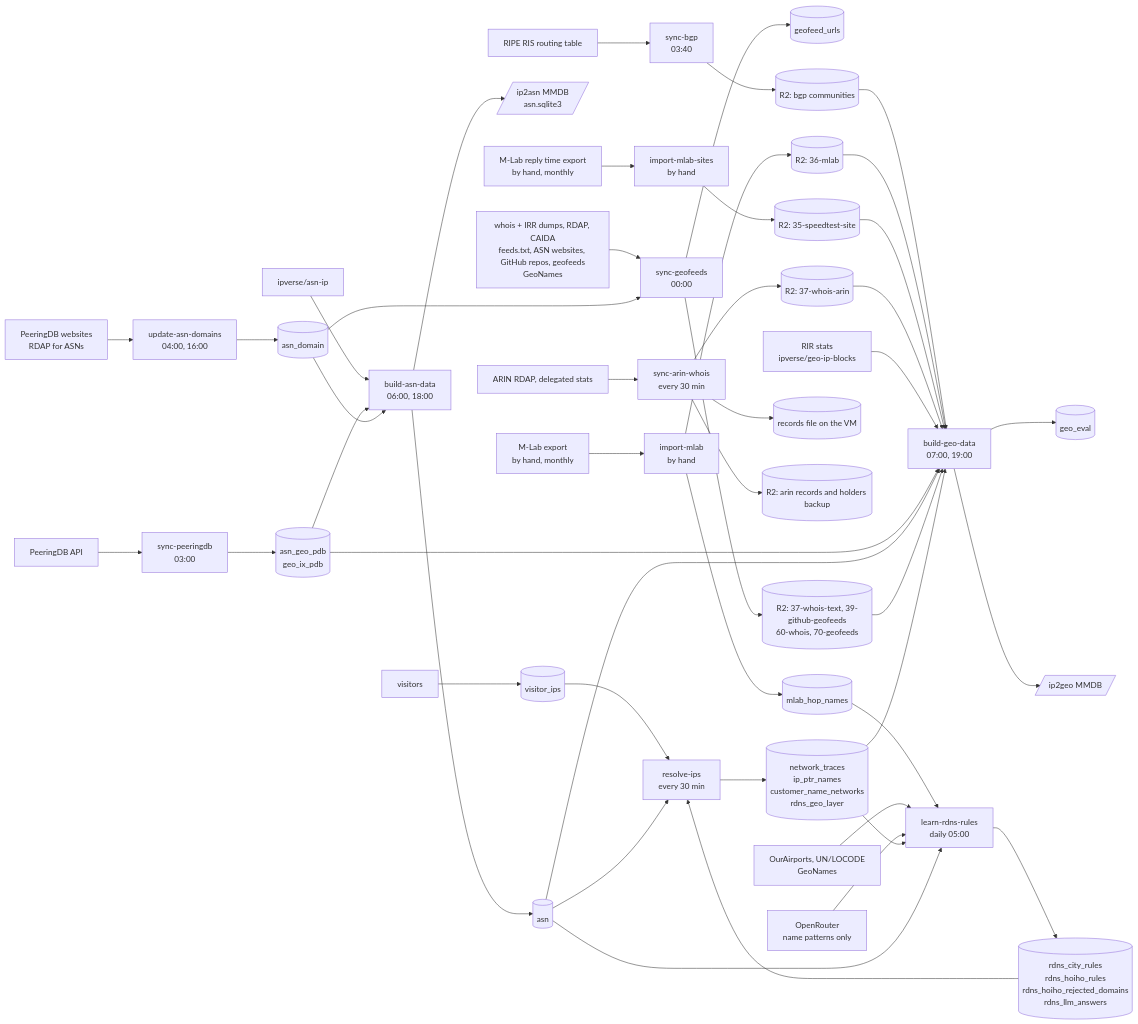
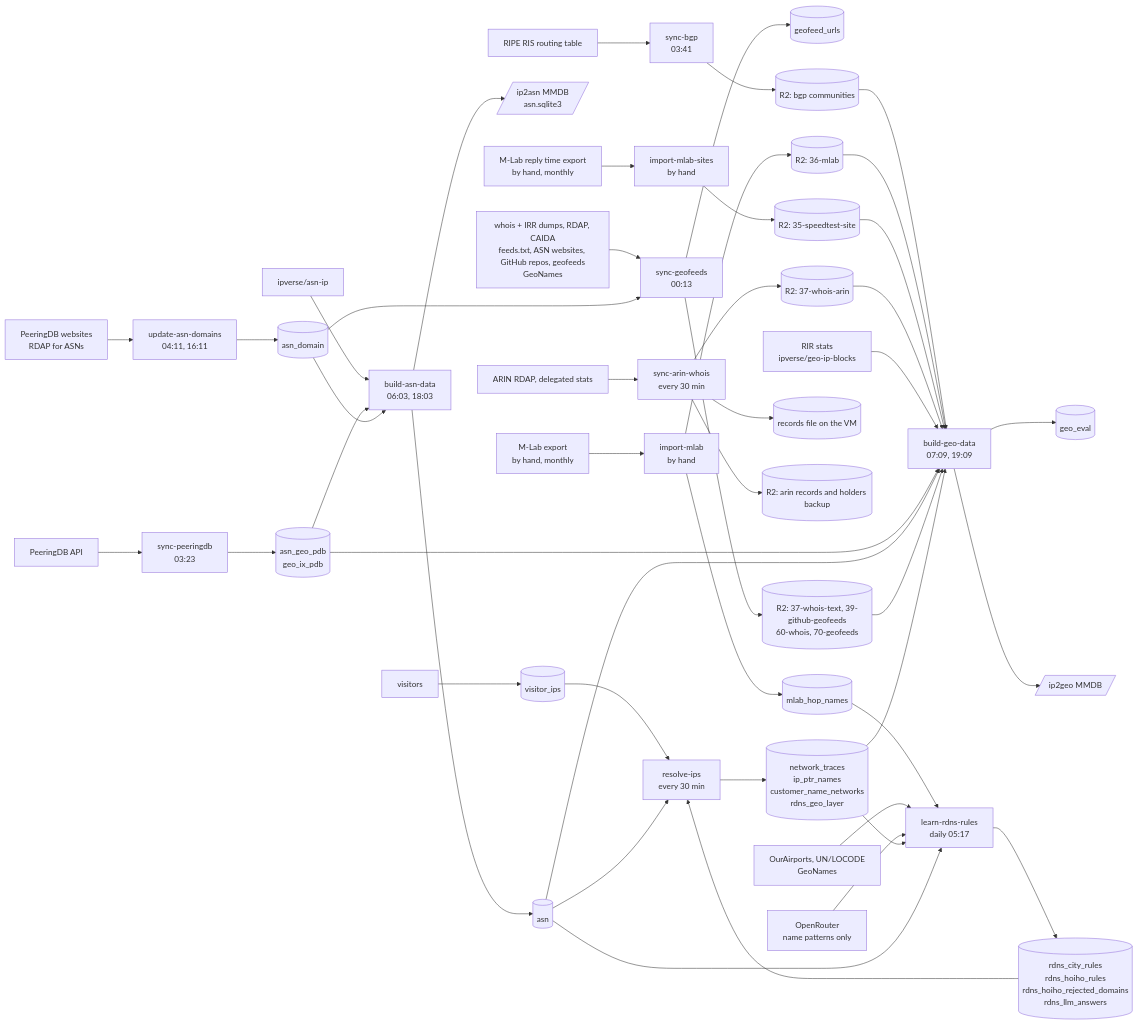
Before and after one commit to shingrus/openipdata.org: the diagram in docs/pipeline.md, drawn with Mermaid. The commit also changed other lines of this file and 3 other files, not shown here.

````diff
--- a/docs/pipeline.md
+++ b/docs/pipeline.md
@@ -9,49 +9,49 @@
 ```mermaid
 flowchart LR
-  pdbapi[PeeringDB API] --> pdb[sync-peeringdb<br/>03:00]
+  pdbapi[PeeringDB API] --> pdb[sync-peeringdb<br/>03:23]
   pdb --> t_pdb[(asn_geo_pdb<br/>geo_ix_pdb)]
-  rdapasn[PeeringDB websites<br/>RDAP for ASNs] --> dom[update-asn-domains<br/>04:00, 16:00]
+  rdapasn[PeeringDB websites<br/>RDAP for ASNs] --> dom[update-asn-domains<br/>04:11, 16:11]
   dom --> t_dom[(asn_domain)]
-  asnip[ipverse/asn-ip] --> asn[build-asn-data<br/>06:00, 18:00]
+  asnip[ipverse/asn-ip] --> asn[build-asn-data<br/>06:03, 18:03]
   t_pdb --> asn
   t_dom --> asn
   asn --> t_asn[(asn)]
   asn --> pub_asn[/ip2asn MMDB<br/>asn.sqlite3/]
-  whois[whois + IRR dumps, RDAP, CAIDA<br/>feeds.txt, ASN websites, GitHub repos, geofeeds<br/>GeoNames] --> gf[sync-geofeeds<br/>00:00]
+  whois[whois + IRR dumps, RDAP, CAIDA<br/>feeds.txt, ASN websites, GitHub repos, geofeeds<br/>GeoNames] --> gf[sync-geofeeds<br/>00:13]
   t_dom --> gf
   gf --> t_gf[(geofeed_urls)]
   gf --> r2[(R2: 37-whois-text, 39-github-geofeeds<br/>60-whois, 70-geofeeds)]
-  ris[RIPE RIS routing table] --> bgp[sync-bgp<br/>03:40]
+  ris[RIPE RIS routing table] --> bgp[sync-bgp<br/>03:41]
   bgp --> r2bgp[(R2: bgp communities)]
   r2bgp --> geo
   mlabcsv[M-Lab export<br/>by hand, monthly] --> ml[import-mlab<br/>by hand]
   ml --> t_ml[(mlab_hop_names)]
   ml --> r2ml[(R2: 36-mlab)]
   r2ml --> geo
   mlabsites[M-Lab reply time export<br/>by hand, monthly] --> mls[import-mlab-sites<br/>by hand]
   mls --> r2sites[(R2: 35-speedtest-site)]
   r2sites --> geo
   rdaparin[ARIN RDAP, delegated stats] --> arin[sync-arin-whois<br/>every 30 min]
   arin --> f_arin[(records file on the VM)]
   arin --> r2back[(R2: arin records and holders backup)]
   arin --> r2arin[(R2: 37-whois-arin)]
   r2arin --> geo
   t_ml --> learn
-  rir[RIR stats<br/>ipverse/geo-ip-blocks] --> geo[build-geo-data<br/>07:00, 19:00]
+  rir[RIR stats<br/>ipverse/geo-ip-blocks] --> geo[build-geo-data<br/>07:09, 19:09]
   t_pdb --> geo
   t_asn --> geo
   r2 --> geo
   geo --> t_eval[(geo_eval)]
   geo --> pub_geo[/ip2geo MMDB/]
   visitors[visitors] --> t_vis[(visitor_ips)]
   t_vis --> rd[resolve-ips<br/>every 30 min]
   t_asn --> rd
   rd --> t_rd[(network_traces<br/>ip_ptr_names<br/>customer_name_networks<br/>rdns_geo_layer)]
   t_rd --> geo
-  places[OurAirports, UN/LOCODE<br/>GeoNames] --> learn[learn-rdns-rules<br/>daily 05:00]
+  places[OurAirports, UN/LOCODE<br/>GeoNames] --> learn[learn-rdns-rules<br/>daily 05:17]
   llm[OpenRouter<br/>name patterns only] --> learn
   t_rd --> learn
   t_asn --> learn
   learn --> t_rules[(rdns_city_rules<br/>rdns_hoiho_rules<br/>rdns_hoiho_rejected_domains<br/>rdns_llm_answers)]
   t_rules --> rd
 ```
````
